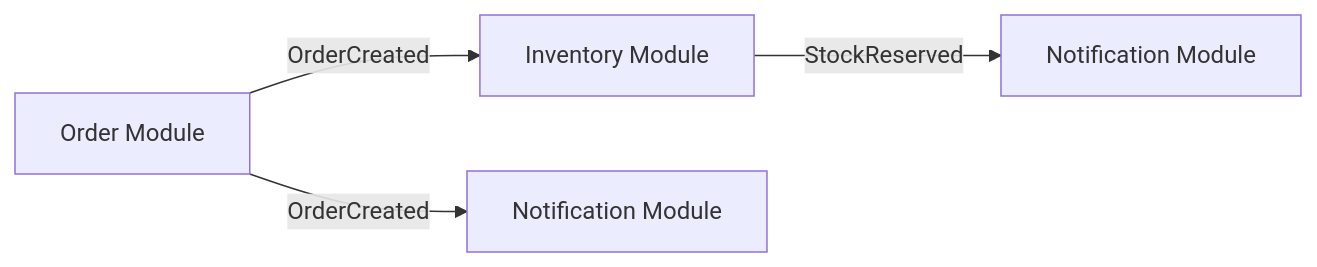
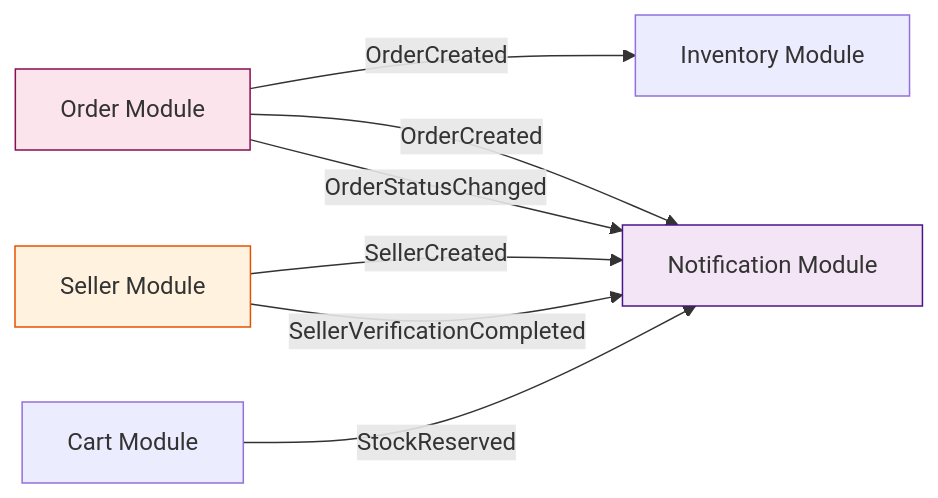
Before and after one commit to EliteShopColombia/EliteShopOnlineBackend: the second of 4 diagrams in README.md, drawn with Mermaid. The commit also changed other lines of this file and 22 other files, not shown here.

````diff
--- a/README.md
+++ b/README.md
@@ -170,6 +129,13 @@
 ```mermaid
 graph LR
     A[Order Module] -- OrderCreated --> B[Inventory Module]
     A -- OrderCreated --> C[Notification Module]
-    B -- StockReserved --> D[Notification Module]
+    A -- OrderStatusChanged --> C
+    D[Seller Module] -- SellerCreated --> C
+    D -- SellerVerificationCompleted --> C
+    E[Cart Module] -- StockReserved --> C
+
+    style A fill:#fce4ec,stroke:#880e4f
+    style D fill:#fff3e0,stroke:#e65100
+    style C fill:#f3e5f5,stroke:#4a148c
 ```
````
